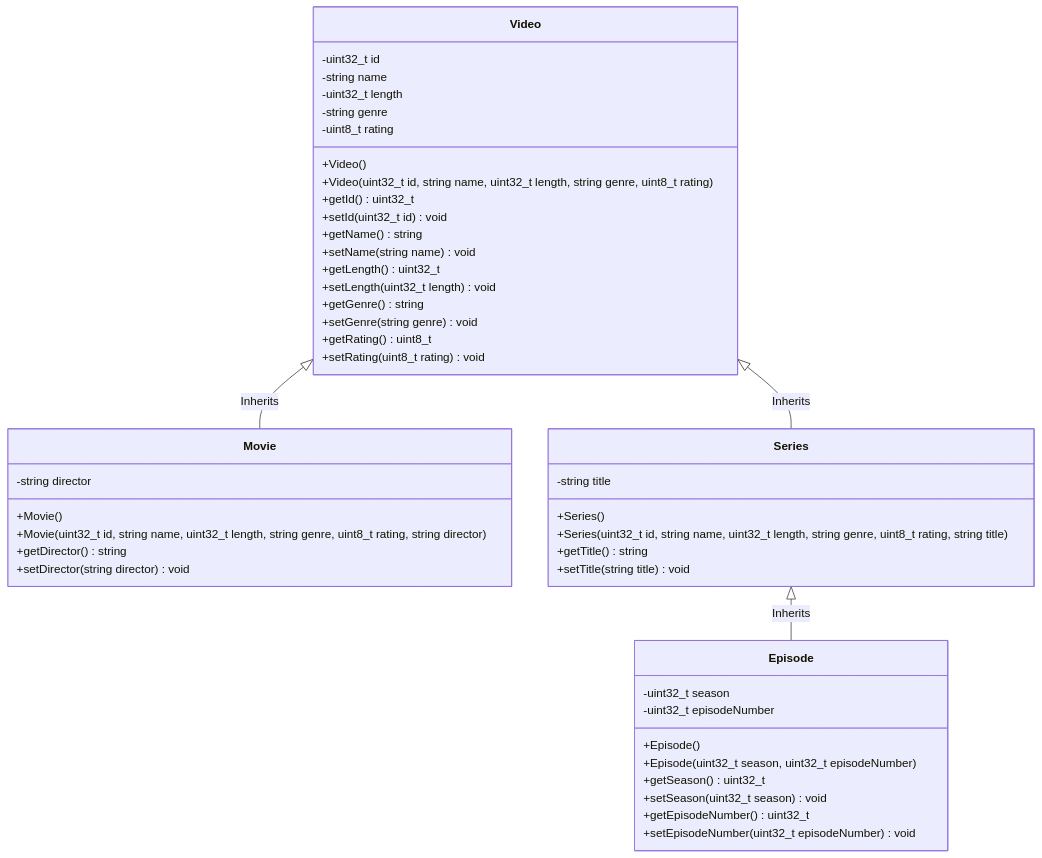
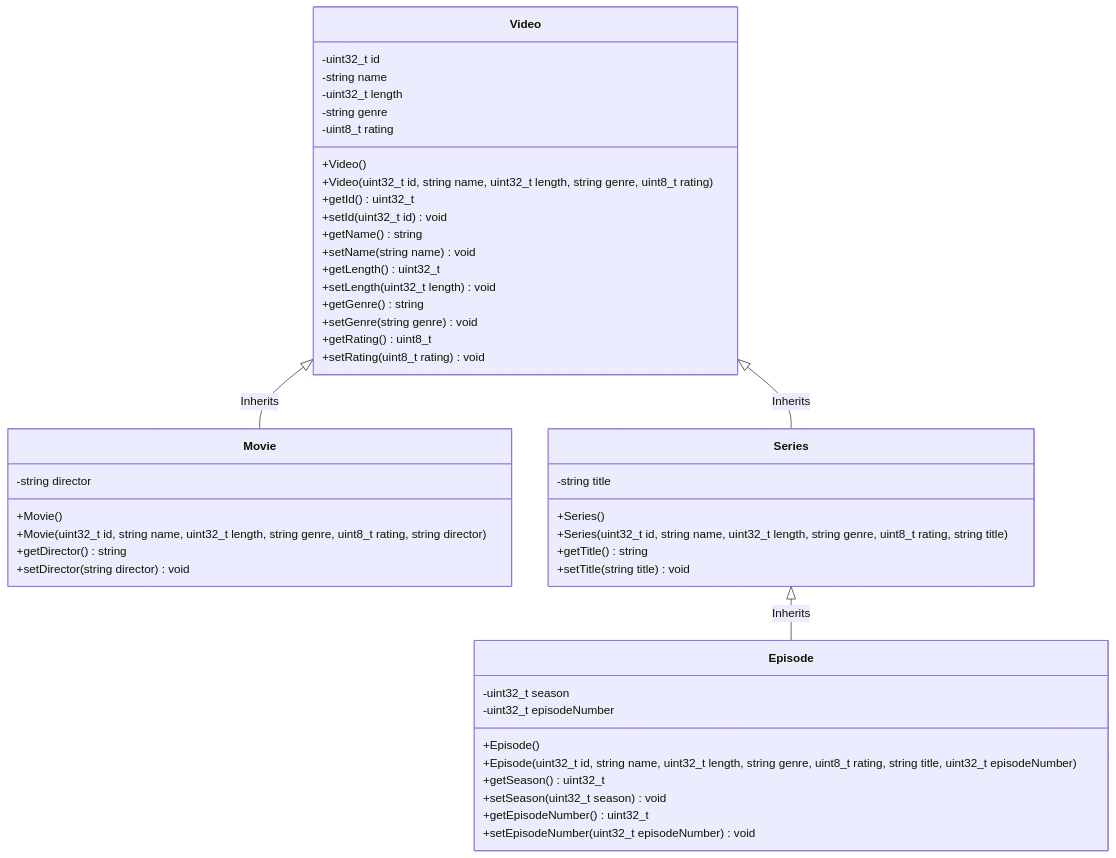
The diagram in README.md (TEC-Andres/programacionOrientadaAObjetos), drawn with Mermaid before and after one commit.

Commit message:
Update class diagrams for Video, Movie, Series, and Episode
Changes on the UML diagram in ReadMe.md file.

````diff
--- a/README.md
+++ b/README.md
@@ -19,53 +19,53 @@
 ```mermaid
 classDiagram
-    class Video{
-        -uint32_t id
-        -string name
-        -uint32_t length
-        -string genre
-        -uint8_t rating
-        +Video()
-        +Video(uint32_t id, string name, uint32_t length, string genre, uint8_t rating)
-        +getId() uint32_t
-        +setId(uint32_t id) void
-        +getName() string
-        +setName(string name) void
-        +getLength() uint32_t
-        +setLength(uint32_t length) void
-        +getGenre() string
-        +setGenre(string genre) void
-        +getRating() uint8_t
-        +setRating(uint8_t rating) void
-    }
+class Video{
+    -uint32_t id
+    -string name
+    -uint32_t length
+    -string genre
+    -uint8_t rating
+    +Video()
+    +Video(uint32_t id, string name, uint32_t length, string genre, uint8_t rating)
+    +getId() uint32_t
+    +setId(uint32_t id) void
+    +getName() string
+    +setName(string name) void
+    +getLength() uint32_t
+    +setLength(uint32_t length) void
+    +getGenre() string
+    +setGenre(string genre) void
+    +getRating() uint8_t
+    +setRating(uint8_t rating) void
+}
 
-    class Movie{
-        -string director
-        +Movie()
-        +Movie(uint32_t id, string name, uint32_t length, string genre, uint8_t rating, string director)
-        +getDirector() string
-        +setDirector(string director) void
-    }
+class Movie{
+    -string director
+    +Movie()
+    +Movie(uint32_t id, string name, uint32_t length, string genre, uint8_t rating, string director)
+    +getDirector() string
+    +setDirector(string director) void
+}
 
-    class Series{
-        -string title
-        +Series()
-        +Series(uint32_t id, string name, uint32_t length, string genre, uint8_t rating, string title)
-        +getTitle() string
-        +setTitle(string title) void
-    }
+class Series{
+    -string title
+    +Series()
+    +Series(uint32_t id, string name, uint32_t length, string genre, uint8_t rating, string title)
+    +getTitle() string
+    +setTitle(string title) void
+}
 
-    class Episode{
-        -uint32_t season
-        -uint32_t episodeNumber
-        +Episode()
-        +Episode(uint32_t season, uint32_t episodeNumber)
-        +getSeason() uint32_t
-        +setSeason(uint32_t season) void
-        +getEpisodeNumber() uint32_t
-        +setEpisodeNumber(uint32_t episodeNumber) void
-    }
+class Episode{
+    -uint32_t season
+    -uint32_t episodeNumber
+    +Episode()
+    +Episode(uint32_t id, string name, uint32_t length, string genre, uint8_t rating, string title, uint32_t episodeNumber)
+    +getSeason() uint32_t
+    +setSeason(uint32_t season) void
+    +getEpisodeNumber() uint32_t
+    +setEpisodeNumber(uint32_t episodeNumber) void
+}
 
-    Video <|-- Movie : Inherits
-    Video <|-- Series : Inherits
-    Series <|-- Episode : Inherits
+Video <|-- Movie : Inherits
+Video <|-- Series : Inherits
+Series <|-- Episode : Inherits
 ```
````
